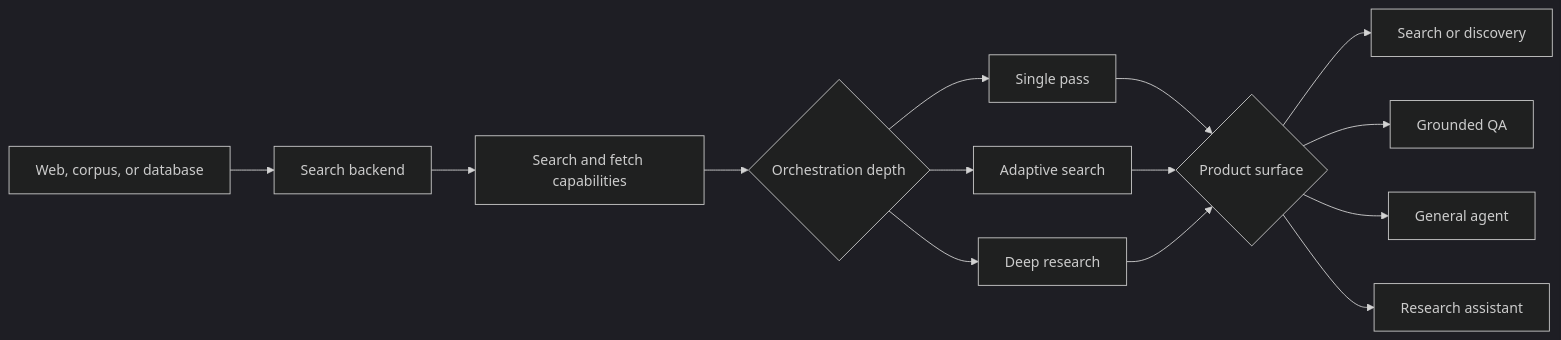
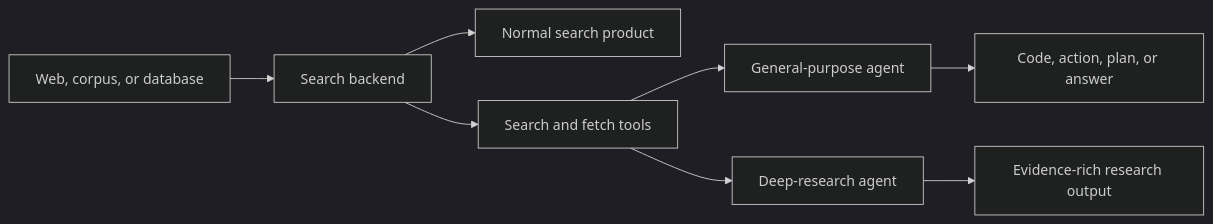
Before and after one commit to threeeyelidds/minimal-ml: the first of 2 diagrams in notes/applied_ml/agentic_search.qmd, drawn with Mermaid (dark theme). The commit also changed other lines of this file and 12 other files, not shown here.

````diff
--- a/notes/applied_ml/agentic_search.qmd
+++ b/notes/applied_ml/agentic_search.qmd
@@ -109,16 +75,10 @@
 ```{mermaid}
 flowchart LR
     W[Web, corpus, or database] --> B[Search backend]
-    B --> T[Search and fetch capabilities]
-    T --> O{Orchestration depth}
-    O --> S[Single pass]
-    O --> A[Adaptive search]
-    O --> D[Deep research]
-    S --> P{Product surface}
-    A --> P
-    D --> P
-    P --> R[Search or discovery]
-    P --> Q[Grounded QA]
-    P --> G[General agent]
-    P --> H[Research assistant]
+    B --> N[Normal search product]
+    B --> T[Search and fetch tools]
+    T --> G[General-purpose agent]
+    T --> D[Deep-research agent]
+    G --> X[Code, action, plan, or answer]
+    D --> R[Evidence-rich research output]
 ```
````
